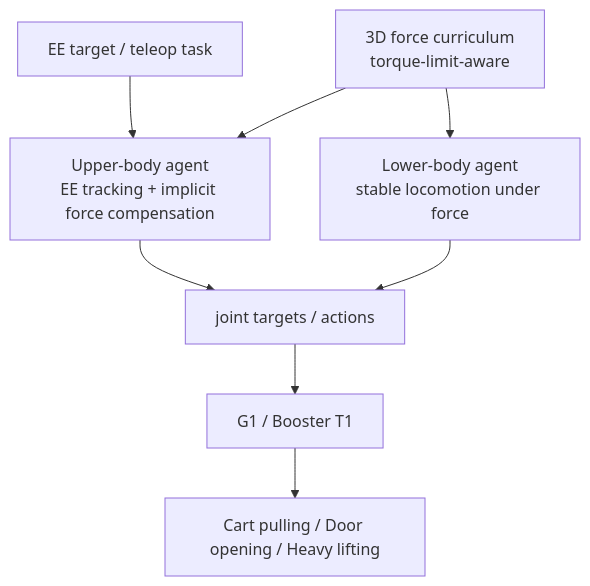
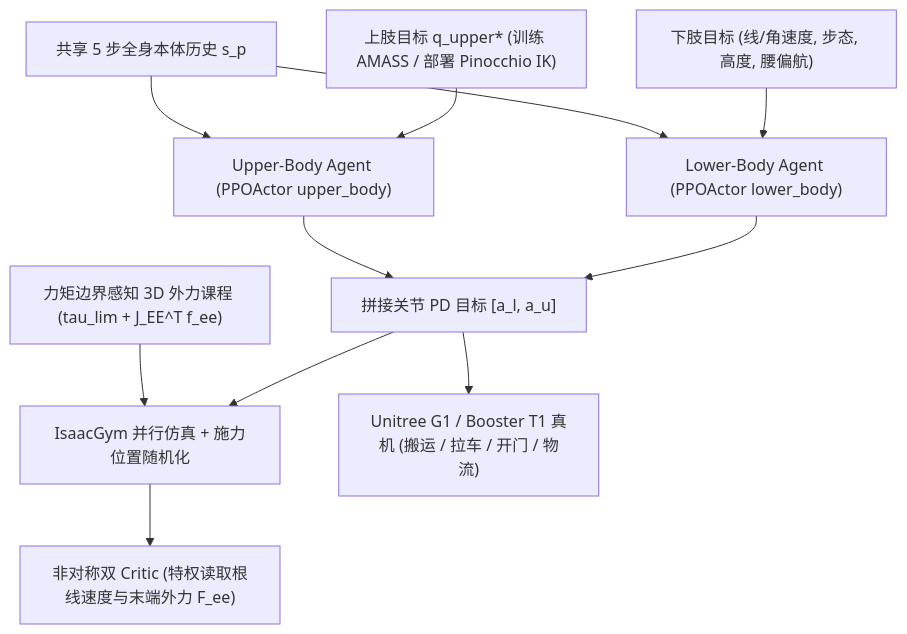
Before and after one commit to ImChong/Robotics_Notebooks: the first of 2 diagrams in wiki/entities/paper-loco-manip-161-109-falcon.md, drawn with Mermaid. The commit also changed other lines of this file and 151 other files, not shown here.

````diff
--- a/wiki/entities/paper-loco-manip-161-109-falcon.md
+++ b/wiki/entities/paper-loco-manip-161-109-falcon.md
@@ -50,10 +56,13 @@
 ```mermaid
 flowchart TB
-  task["EE target / teleop task"] --> upper["Upper-body agent\nEE tracking + implicit force compensation"]
-  force["3D force curriculum\ntorque-limit-aware"] --> upper
-  force --> lower["Lower-body agent\nstable locomotion under force"]
-  upper --> joint["joint targets / actions"]
-  lower --> joint
-  joint --> robot["G1 / Booster T1"]
-  robot --> real["Cart pulling / Door opening / Heavy lifting"]
+  obs["共享 5 步全身本体历史 s_p"] --> upper["Upper-Body Agent (PPOActor upper_body)"]
+  obs --> lower["Lower-Body Agent (PPOActor lower_body)"]
+  gu["上肢目标 q_upper* (训练 AMASS / 部署 Pinocchio IK)"] --> upper
+  gl["下肢目标 (线/角速度, 步态, 高度, 腰偏航)"] --> lower
+  curr["力矩边界感知 3D 外力课程 (tau_lim + J_EE^T f_ee)"] --> sim["IsaacGym 并行仿真 + 施力位置随机化"]
+  upper --> pd["拼接关节 PD 目标 [a_l, a_u]"]
+  lower --> pd
+  pd --> sim
+  sim --> cri["非对称双 Critic (特权读取根线速度与末端外力 F_ee)"]
+  pd --> robot["Unitree G1 / Booster T1 真机 (搬运 / 拉车 / 开门 / 物流)"]
 ```
````
